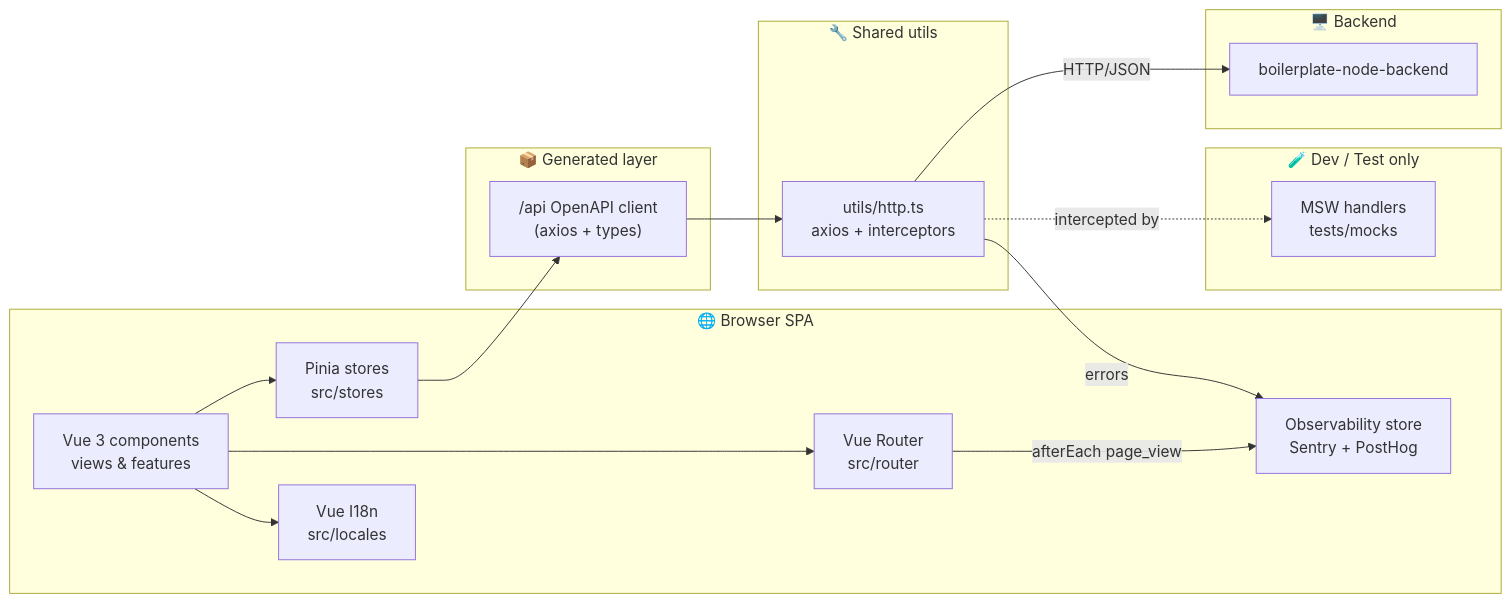
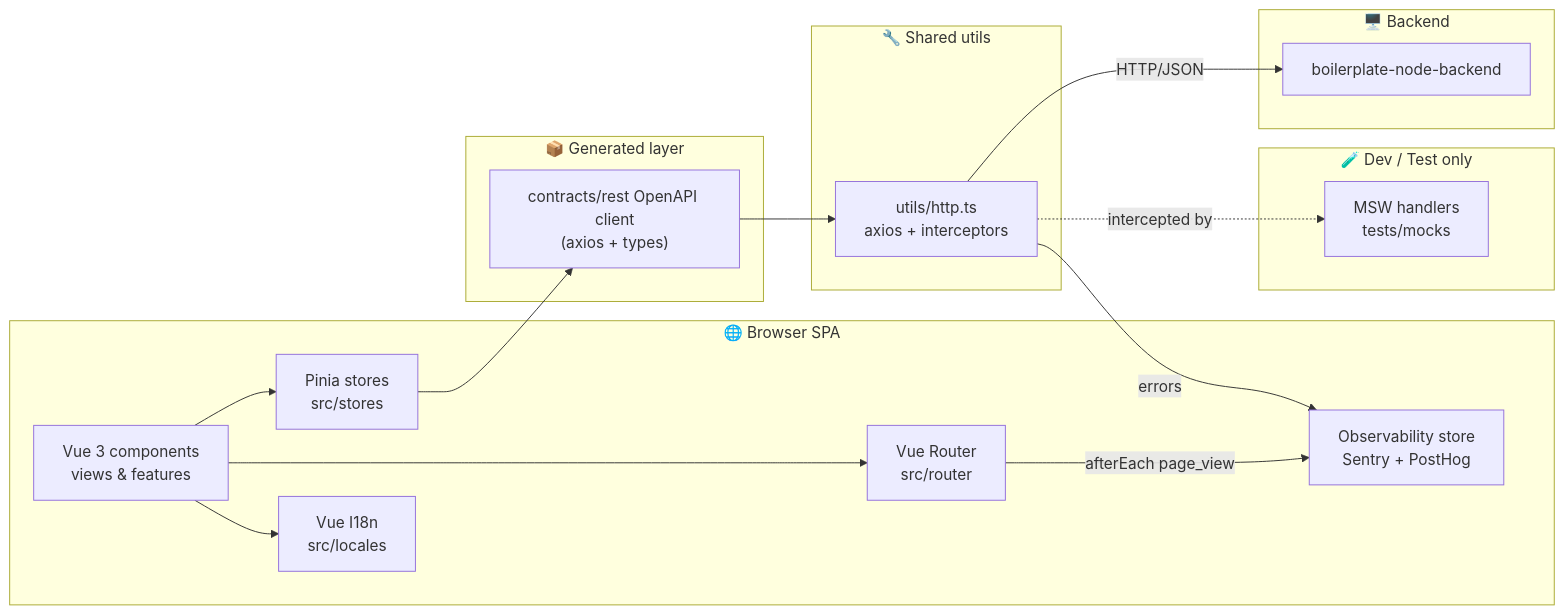
The first of 6 diagrams in README.md (Guebbit/boilerplate-vue-frontend), drawn with Mermaid before and after one commit. The commit also changed other lines of this file and 57 other files, not shown here.

````diff
--- a/README.md
+++ b/README.md
@@ -121,36 +121,36 @@
 ```mermaid
 flowchart LR
     subgraph Browser["🌐 Browser SPA"]
         V[Vue 3 components<br/>views & features]
         P[Pinia stores<br/>src/stores]
         R[Vue Router<br/>src/router]
         I18N[Vue I18n<br/>src/locales]
         OBS[Observability store<br/>Sentry + PostHog]
     end
 
     subgraph Generated["📦 Generated layer"]
-        API["/api OpenAPI client<br/>(axios + types)"]
+        API["contracts/rest OpenAPI client<br/>(axios + types)"]
     end
 
     subgraph Shared["🔧 Shared utils"]
         HTTP[utils/http.ts<br/>axios + interceptors]
     end
 
     subgraph Backend["🖥️ Backend"]
         BE[boilerplate-node-backend]
     end
 
     subgraph DevOnly["🧪 Dev / Test only"]
         MSW[MSW handlers<br/>tests/mocks]
     end
 
     V --> P
     V --> R
     V --> I18N
     P --> API
     API --> HTTP
     HTTP -->|HTTP/JSON| BE
     HTTP -.intercepted by.-> MSW
     HTTP -->|errors| OBS
     R -->|afterEach page_view| OBS
 ```
````
